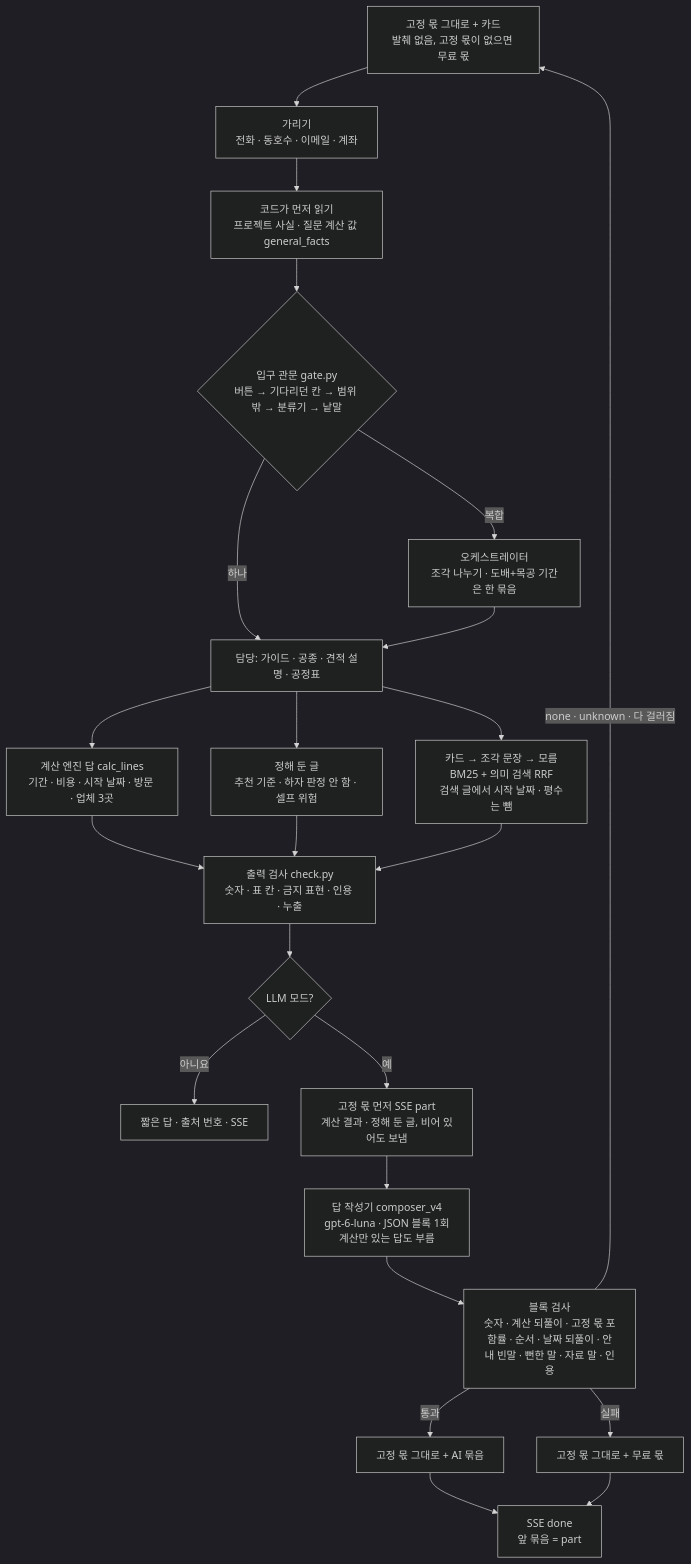
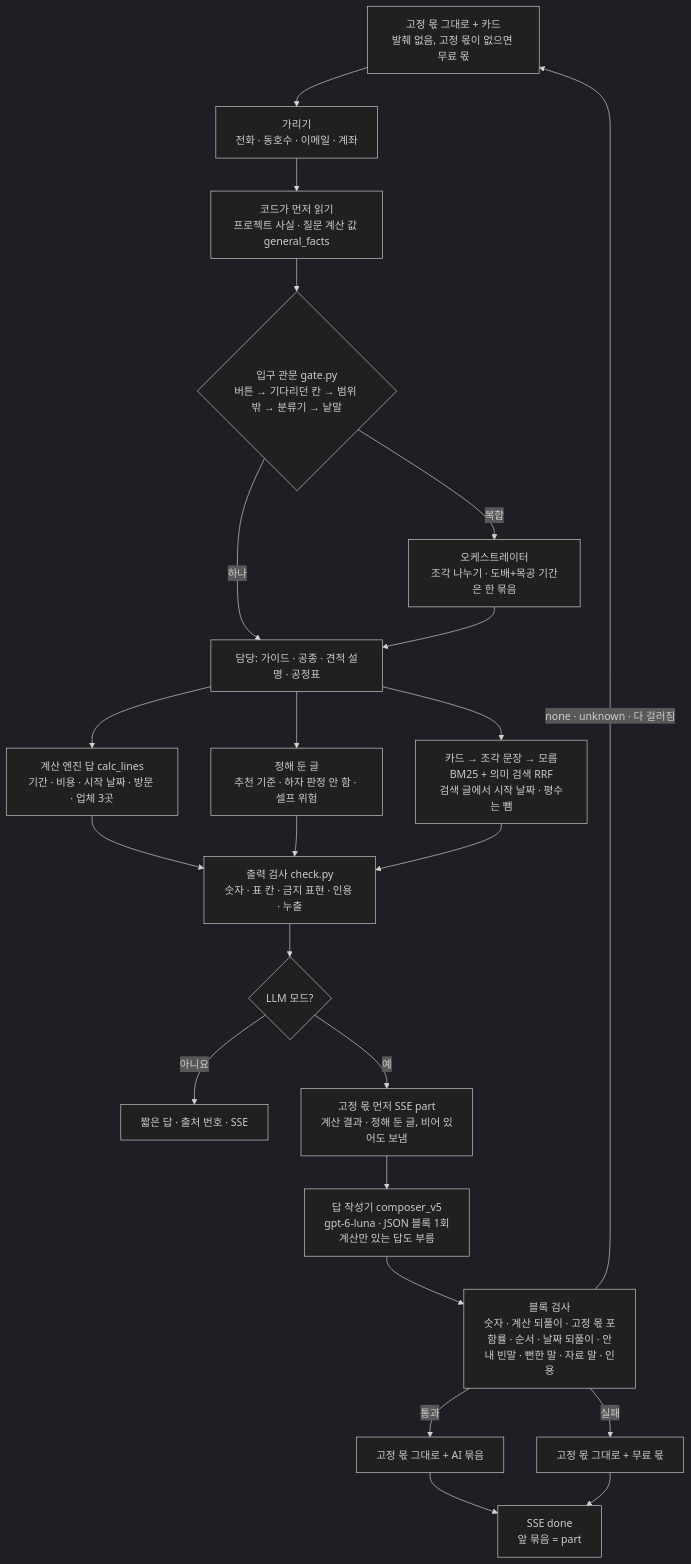
One commit to lsm15111/SKN34-FINAL-1TEAM changed the diagram in docs/v3/agent-answer-format.md. Above: the diagram before and after it, drawn with Mermaid (dark theme). The commit also changed other lines of this file and 5 other files, not shown here.

First line of the commit message:
prompt: 작성기 composer_v5로 새 사실 칸을 먼저 쓰고 비면 AI 글을 붙이지 않기

````diff
--- a/docs/v3/agent-answer-format.md
+++ b/docs/v3/agent-answer-format.md
@@ -22,22 +22,22 @@
 ```mermaid
 flowchart TD
   Q[고객 질문] --> M[가리기<br/>전화 · 동호수 · 이메일 · 계좌]
   M --> F[코드가 먼저 읽기<br/>프로젝트 사실 · 질문 계산 값 general_facts]
   F --> G{입구 관문 gate.py<br/>버튼 → 기다리던 칸 → 범위 밖 → 분류기 → 낱말}
   G -->|하나| A[담당: 가이드 · 공종 · 견적 설명 · 공정표]
   G -->|복합| O[오케스트레이터<br/>조각 나누기 · 도배+목공 기간은 한 묶음]
   O --> A
   A --> C1[계산 엔진 답 calc_lines<br/>기간 · 비용 · 시작 날짜 · 방문 · 업체 3곳]
   A --> C2[정해 둔 글<br/>추천 기준 · 하자 판정 안 함 · 셀프 위험]
   A --> C3[카드 → 조각 문장 → 모름<br/>BM25 + 의미 검색 RRF<br/>검색 글에서 시작 날짜 · 평수는 뺌]
   C1 & C2 & C3 --> K[출력 검사 check.py<br/>숫자 · 표 칸 · 금지 표현 · 인용 · 누출]
   K --> MODE{LLM 모드?}
   MODE -->|아니요| OUT[짧은 답 · 출처 번호 · SSE]
   MODE -->|예| D[고정 몫 먼저 SSE part<br/>계산 결과 · 정해 둔 글, 비어 있어도 보냄]
-  D --> L[답 작성기 composer_v4<br/>gpt-6-luna · JSON 블록 1회<br/>계산만 있는 답도 부름]
+  D --> L[답 작성기 composer_v5<br/>gpt-6-luna · JSON 블록 1회<br/>계산만 있는 답도 부름]
   L --> K2[블록 검사<br/>숫자 · 계산 되풀이 · 고정 몫 포함률 · 순서 · 날짜 되풀이 · 안내 빈말 · 뻔한 말 · 자료 말 · 인용]
   K2 -->|통과| P[고정 몫 그대로 + AI 묶음]
   K2 -->|none · unknown · 다 걸러짐| Q[고정 몫 그대로 + 카드<br/>발췌 없음, 고정 몫이 없으면 무료 몫]
   K2 -->|실패| R[고정 몫 그대로 + 무료 몫]
   P & R --> OUT2[SSE done<br/>앞 묶음 = part]
 ```
````
